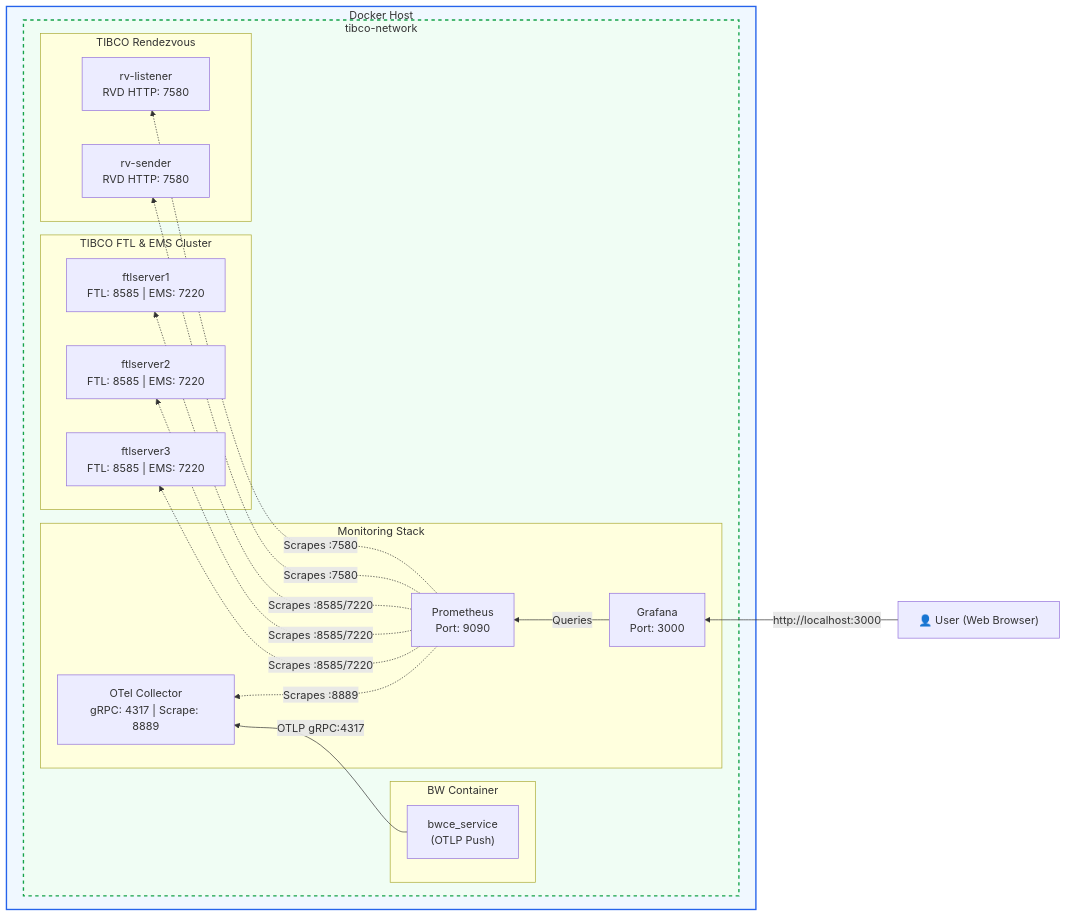
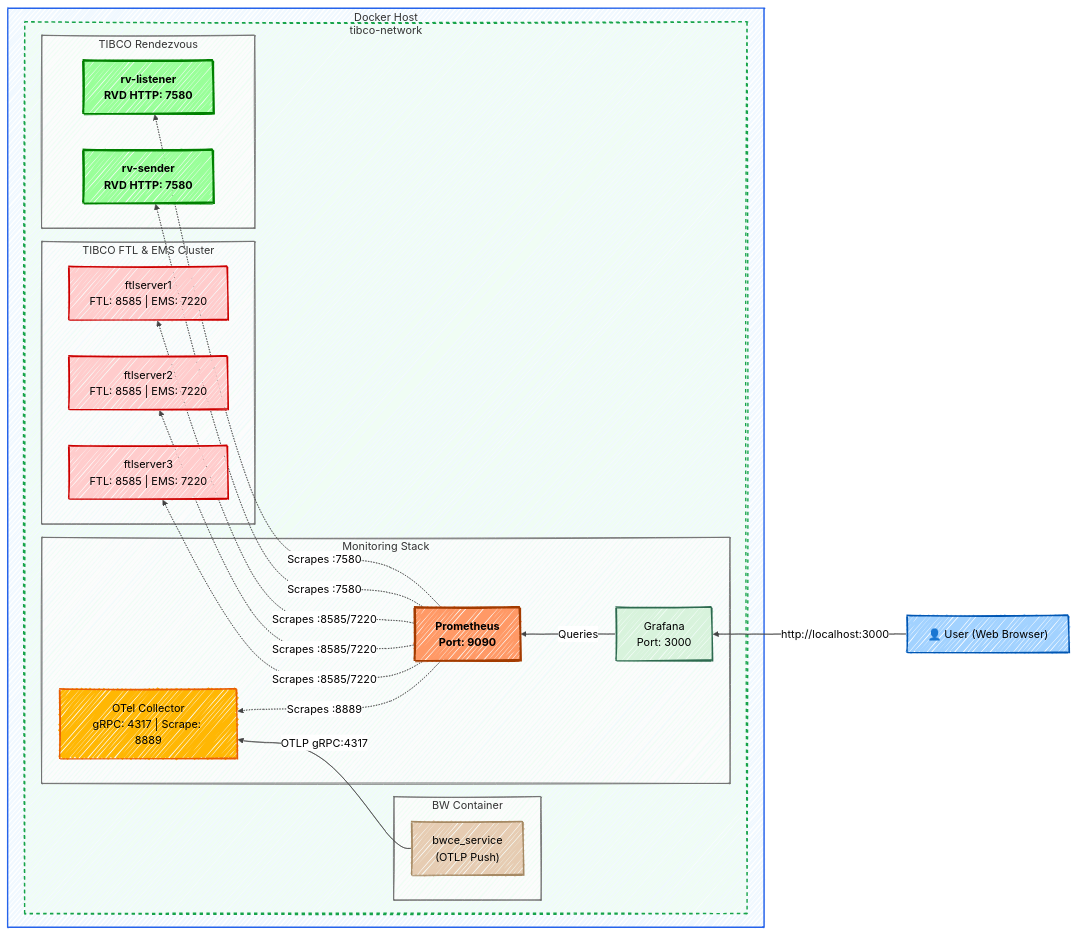
Before and after one commit to toininoi/license-demo: the diagram in README.md, drawn with Mermaid.

````diff
--- a/README.md
+++ b/README.md
@@ -9,55 +9,76 @@
 ```mermaid
+%%{init: {
+  'theme': 'base', 
+  'look': 'handDrawn', 
+  'themeVariables': { 
+    'fontFamily': 'Comic Sans MS, cursive',
+    'primaryColor': '#ffffff',
+    'mainBkg': '#ffffff',
+    'lineColor': '#444444'
+  }
+}}%%
+
+%%{init: {'theme': 'neutral'}}%%
 graph RL
     User["👤 User (Web Browser)"]
 
     subgraph DockerHost[Docker Host]
         subgraph DockerNetwork[tibco-network]
             
             %% Monitoring Stack
             subgraph Monitoring[Monitoring Stack]
                 Grafana["Grafana<br/>Port: 3000"]
                 Prometheus["Prometheus<br/>Port: 9090"]
                 OTEL["OTel Collector<br/>gRPC: 4317 | Scrape: 8889"]
             end
 
             %% BWCE
             subgraph BW Container[ BW Container]
                 BWCE["bwce_service<br/>(OTLP Push)"]
             end
 
             %% TIBCO FTL / EMS Cluster
             subgraph TibcoCluster[TIBCO FTL & EMS Cluster]
                 FTL1["ftlserver1<br/>FTL: 8585 | EMS: 7220"]
                 FTL2["ftlserver2<br/>FTL: 8585 | EMS: 7220"]
                 FTL3["ftlserver3<br/>FTL: 8585 | EMS: 7220"]
             end
 
             %% TIBCO Rendezvous
             subgraph TibcoRV[TIBCO Rendezvous]
                 RVL["rv-listener<br/>RVD HTTP: 7580"]
                 RVS["rv-sender<br/>RVD HTTP: 7580"]
             end
             
         end
     end
 
     %% Connections
     User -->|http://localhost:3000| Grafana
     Grafana -->|Queries| Prometheus
     
     %% Push Flow
     BWCE -->|OTLP gRPC:4317| OTEL
     
     %% Pull/Scrape Flow
     Prometheus -.->|Scrapes :8889| OTEL
     Prometheus -.->|Scrapes :8585/7220| FTL1
     Prometheus -.->|Scrapes :8585/7220| FTL2
     Prometheus -.->|Scrapes :8585/7220| FTL3
     Prometheus -.->|Scrapes :7580| RVL
     Prometheus -.->|Scrapes :7580| RVS
 
     %% Styling
     style DockerHost fill:#f0f8ff,stroke:#2563eb,stroke-width:2px
     style DockerNetwork fill:#f0fdf4,stroke:#16a34a,stroke-width:2px,stroke-dasharray: 5 5
-    
+    style User fill:#a2d2ff,stroke:#0056b3,stroke-width:2px,rx:10,ry:10,color:#000
+    style Grafana fill:#d8f3dc,stroke:#2d6a4f,stroke-width:2px,rx:10,ry:10,color:#000
+    style Prometheus fill:#f96,stroke:#a33b00,stroke-width:3px,color:#000,font-weight:bold
+    style OTEL fill:#ffb703,stroke:#e85d04,stroke-width:2px,rx:10,ry:10,color:#000
+    style BWCE fill:#e6ccb2,stroke:#a68a64,stroke-width:2px,rx:10,ry:10,color:#000
+    style FTL1 fill:#ffcccc,stroke:#cc0000,stroke-width:2px,rx:10,ry:10,color:#000
+    style FTL2 fill:#ffcccc,stroke:#cc0000,stroke-width:2px,rx:10,ry:10,color:#000
+    style FTL3 fill:#ffcccc,stroke:#cc0000,stroke-width:2px,rx:10,ry:10,color:#000
+    style RVL fill:#9f9,stroke:#008000,stroke-width:3px,color:#000,font-weight:bold
+    style RVS fill:#9f9,stroke:#008000,stroke-width:3px,color:#000,font-weight:bold   
 ```
````
